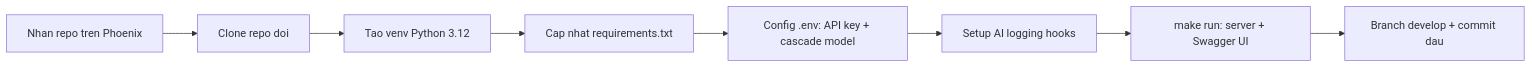
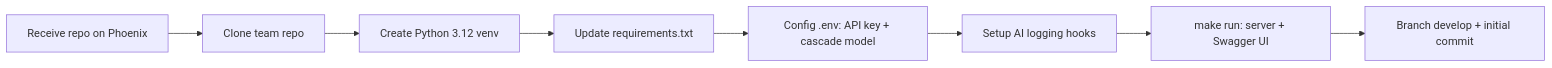
Before and after one commit to Dokhacgiakhoa/Project-Builder-4-Agents: the diagram in knowledge-base/technical-book/chapter-02.md, drawn with Mermaid. The commit also changed other lines of this file and 62 other files, not shown here.

````diff
--- a/knowledge-base/technical-book/chapter-02.md
+++ b/knowledge-base/technical-book/chapter-02.md
@@ -118,10 +118,10 @@
 ```mermaid
 flowchart LR
-    A[Nhan repo tren Phoenix] --> B[Clone repo doi]
-    B --> C[Tao venv Python 3.12]
-    C --> D[Cap nhat requirements.txt]
-    D --> E[Config .env: API key + cascade model]
-    E --> F[Setup AI logging hooks]
-    F --> G[make run: server + Swagger UI]
-    G --> H[Branch develop + commit dau]
+    A["Receive repo on Phoenix"] --> B["Clone team repo"]
+    B --> C["Create Python 3.12 venv"]
+    C --> D["Update requirements.txt"]
+    D --> E["Config .env: API key + cascade model"]
+    E --> F["Setup AI logging hooks"]
+    F --> G["make run: server + Swagger UI"]
+    G --> H["Branch develop + initial commit"]
 ```
````
